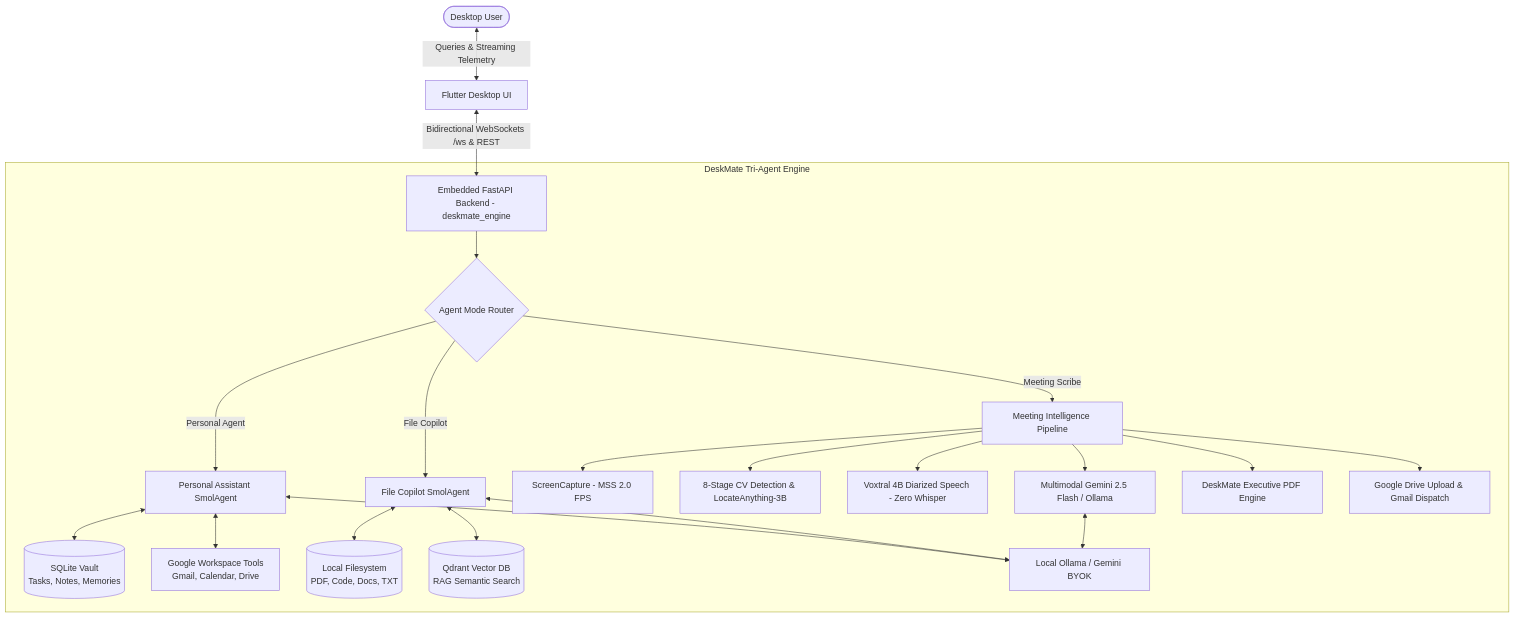
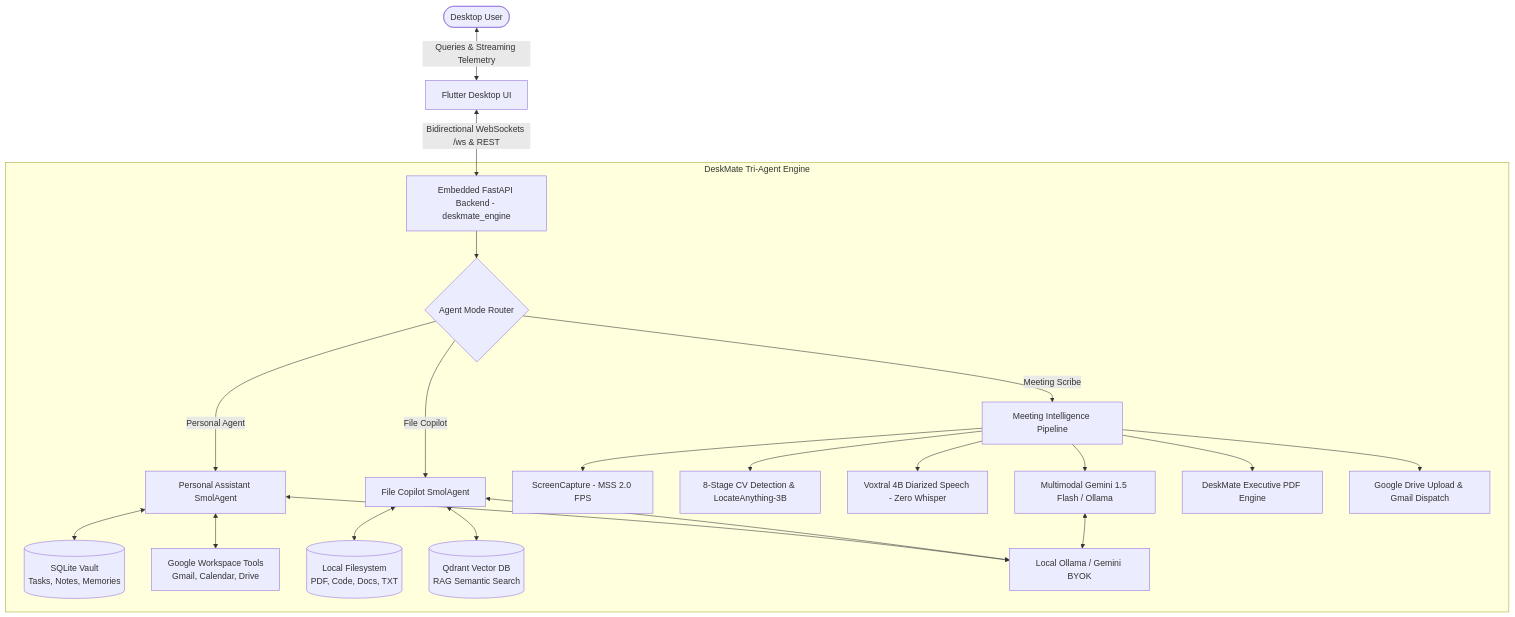
One commit to Ganeshvenkatesanofficial/DeskMate changed the diagram in README.md. Above: the diagram before and after it, drawn with Mermaid. The commit also changed other lines of this file and 22 other files, not shown here.

````diff
--- a/README.md
+++ b/README.md
@@ -87,29 +87,29 @@
 ```mermaid
 graph TD
     User([Desktop User]) <-->|Queries & Streaming Telemetry| UI[Flutter Desktop UI]
     UI <-->|Bidirectional WebSockets /ws & REST| BE[Embedded FastAPI Backend - deskmate_engine]
 
     subgraph "DeskMate Tri-Agent Engine"
         BE --> Router{Agent Mode Router}
         Router -->|Personal Agent| PA[Personal Assistant SmolAgent]
         Router -->|File Copilot| FC[File Copilot SmolAgent]
         Router -->|Meeting Scribe| MS[Meeting Intelligence Pipeline]
 
         PA <--> LocalDB[(SQLite Vault\nTasks, Notes, Memories)]
         PA <--> GWorkspace[Google Workspace Tools\nGmail, Calendar, Drive]
 
         FC <--> LocalFiles[(Local Filesystem\nPDF, Code, Docs, TXT)]
         FC <--> Qdrant[(Qdrant Vector DB\nRAG Semantic Search)]
 
         MS --> Screen[ScreenCapture - MSS 2.0 FPS]
         MS --> CV8[8-Stage CV Detection & LocateAnything-3B]
         MS --> Vox[Voxtral 4B Diarized Speech - Zero Whisper]
-        MS --> Sum[Multimodal Gemini 2.5 Flash / Ollama]
+        MS --> Sum[Multimodal Gemini 1.5 Flash / Ollama]
         MS --> PDF[DeskMate Executive PDF Engine]
         MS --> CloudSync[Google Drive Upload & Gmail Dispatch]
 
         PA <--> LLM[Local Ollama / Gemini BYOK]
         FC <--> LLM
         Sum <--> LLM
     end
 ```
````
